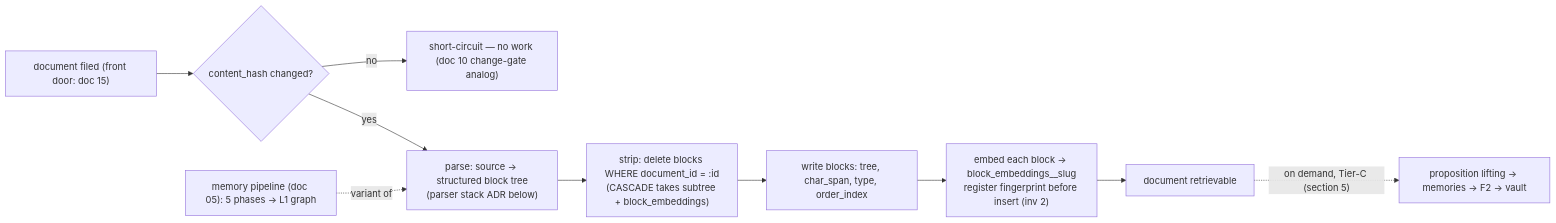
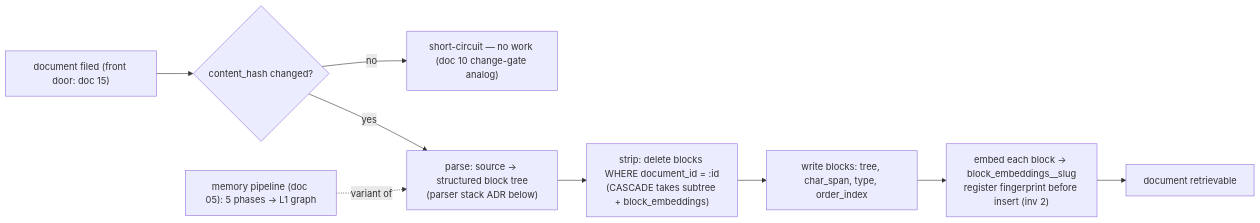
Before and after one commit to darkraise/darkmem: the second of 5 diagrams in docs/design/16-documents-and-pkm.md, drawn with Mermaid. The commit also changed other lines of this file and 6 other files, not shown here.

````diff
--- a/docs/design/16-documents-and-pkm.md
+++ b/docs/design/16-documents-and-pkm.md
@@ -75,13 +75,12 @@
 ```mermaid
 flowchart LR
     FILE["document filed (front door: doc 15)"] --> HASH{"content_hash changed?"}
     HASH -->|"no"| SKIP["short-circuit — no work (doc 10 change-gate analog)"]
     HASH -->|"yes"| PARSE["parse: source -> structured block tree<br/>(parser stack ADR below)"]
     PARSE --> STRIP["strip: delete blocks WHERE document_id = :id<br/>(CASCADE takes subtree + block_embeddings)"]
     STRIP --> WRITE["write blocks: tree, char_span, type, order_index"]
     WRITE --> EMB["embed each block -> block_embeddings__slug<br/>register fingerprint before insert (inv 2)"]
     EMB --> DONE["document retrievable"]
-    DONE -.->|"on demand, Tier-C (section 5)"| LIFT["proposition lifting -> memories -> F2 -> vault"]
 
     MEMPIPE["memory pipeline (doc 05): 5 phases -> L1 graph"] -.->|"variant of"| PARSE
 ```
````
